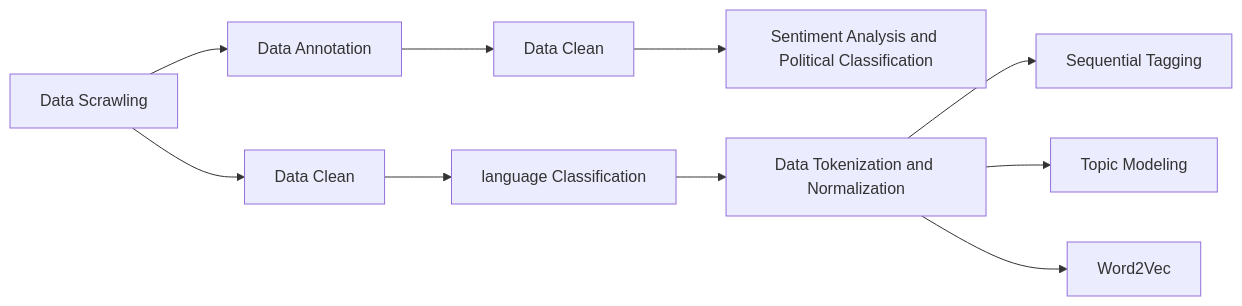
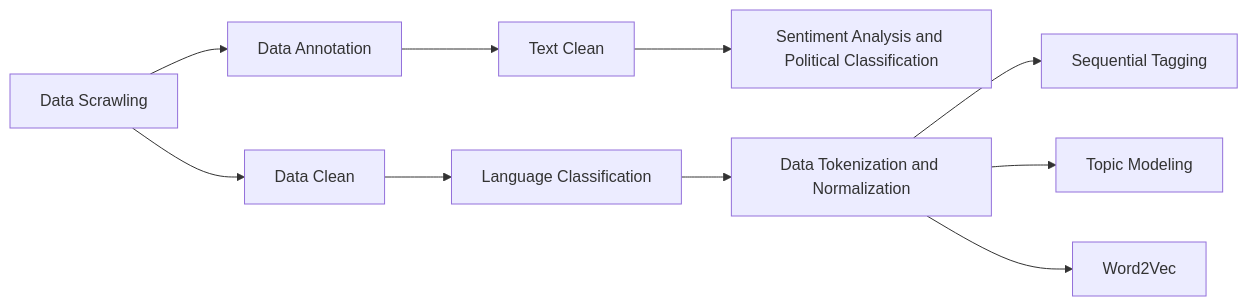
One commit to ronineume/X-NLP-Project changed the diagram in README.md. Above: the diagram before and after it, drawn with Mermaid.

````diff
--- a/README.md
+++ b/README.md
@@ -7,7 +7,7 @@
 ```mermaid
  graph LR
-A[Data Scrawling]--> B[Data Annotation] --> C[Data Clean] --> D[Sentiment Analysis and Political Classification]
-A[Data Scrawling]--> E[Data Clean]-->F[language Classification]-->G[Data Tokenization and Normalization]-->H[Sequential Tagging]
+A[Data Scrawling]--> B[Data Annotation] --> C[Text Clean] --> D[Sentiment Analysis and Political Classification]
+A[Data Scrawling]--> E[Data Clean]-->F[Language Classification]-->G[Data Tokenization and Normalization]-->H[Sequential Tagging]
 G[Data Tokenization and Normalization]-->I[Topic Modeling]
 G[Data Tokenization and Normalization]-->J[Word2Vec]
 ```
````
